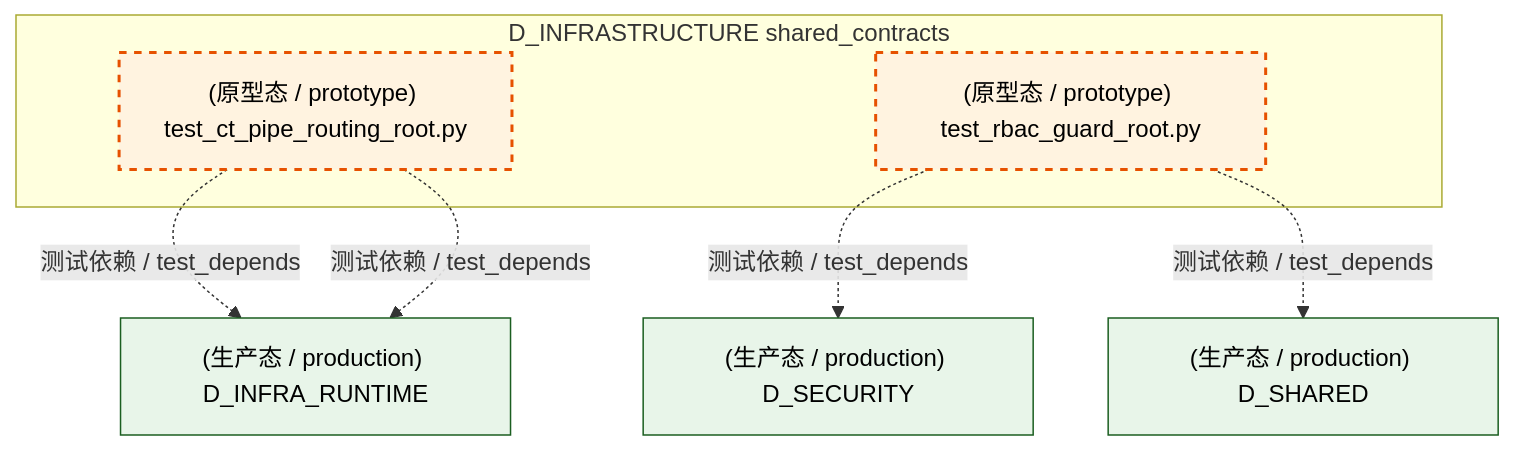
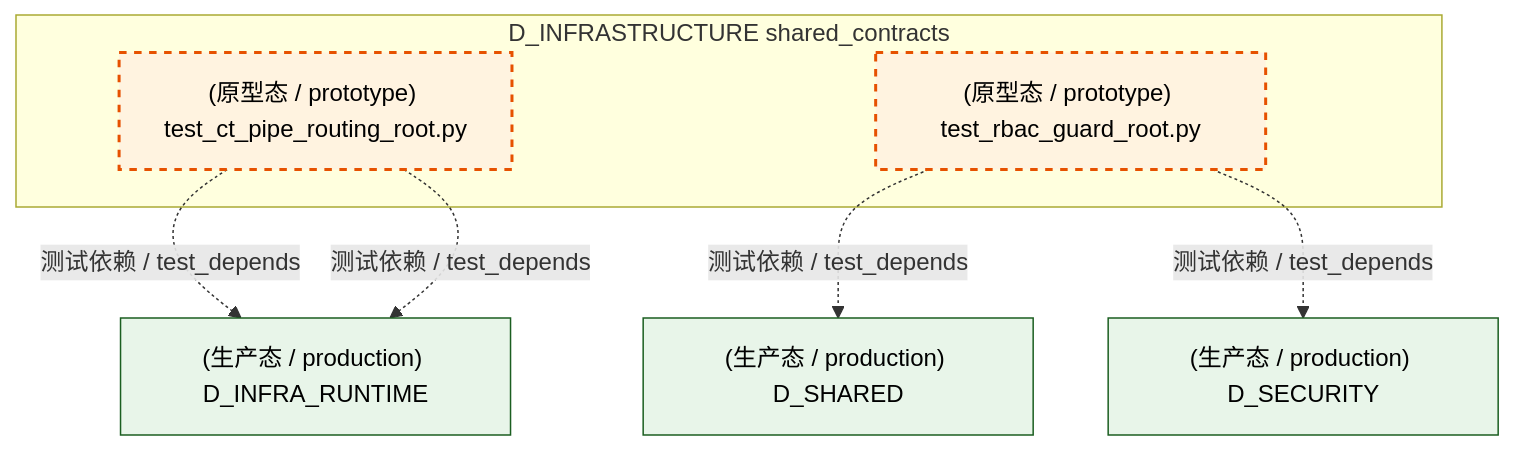
Before and after one commit to xuanFelixVan/ZephyrAlpha: the third of 6 diagrams in docs/02_enterprise_architecture/02_domain_architecture_docs/62_d_infrastructure.md, drawn with Mermaid. The commit also changed other lines of this file and 126 other files, not shown here.

````diff
--- a/docs/02_enterprise_architecture/02_domain_architecture_docs/62_d_infrastructure.md
+++ b/docs/02_enterprise_architecture/02_domain_architecture_docs/62_d_infrastructure.md
@@ -320,20 +324,20 @@
 ```mermaid
 graph TD
     subgraph D_INFRASTRUCTURE["D_INFRASTRUCTURE shared_contracts"]
         tests_contracts_test_ct_pipe_routing_root_py["(原型态 / prototype) test_ct_pipe_routing_root.py"]
         tests_contracts_test_rbac_guard_root_py["(原型态 / prototype) test_rbac_guard_root.py"]
     end
-    D_SECURITY["(生产态 / production) D_SECURITY"]
-    tests_contracts_test_rbac_guard_root_py -.->|测试依赖 / test_depends| D_SECURITY
-    D_SHARED["(生产态 / production) D_SHARED"]
-    tests_contracts_test_rbac_guard_root_py -.->|测试依赖 / test_depends| D_SHARED
     D_INFRA_RUNTIME["(生产态 / production) D_INFRA_RUNTIME"]
     tests_contracts_test_ct_pipe_routing_root_py -.->|测试依赖 / test_depends| D_INFRA_RUNTIME
     tests_contracts_test_ct_pipe_routing_root_py -.->|测试依赖 / test_depends| D_INFRA_RUNTIME
+    D_SHARED["(生产态 / production) D_SHARED"]
+    tests_contracts_test_rbac_guard_root_py -.->|测试依赖 / test_depends| D_SHARED
+    D_SECURITY["(生产态 / production) D_SECURITY"]
+    tests_contracts_test_rbac_guard_root_py -.->|测试依赖 / test_depends| D_SECURITY
     classDef production fill:#e1f5fe,stroke:#01579b,stroke-width:2px,color:#000
     classDef design fill:#fff3e0,stroke:#e65100,stroke-width:2px,color:#000,stroke-dasharray: 5 5
     classDef external_prod fill:#e8f5e9,stroke:#1b5e20,stroke-width:1px,color:#000
     classDef external_design fill:#fce4ec,stroke:#880e4f,stroke-width:1px,color:#000,stroke-dasharray: 5 5
     class tests_contracts_test_ct_pipe_routing_root_py,tests_contracts_test_rbac_guard_root_py design
-    class D_SECURITY,D_SHARED,D_INFRA_RUNTIME external_prod
+    class D_INFRA_RUNTIME,D_SHARED,D_SECURITY external_prod
 ```
````
